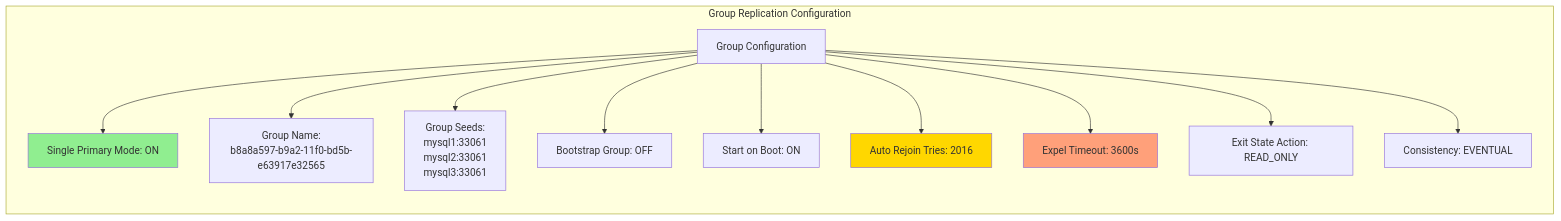
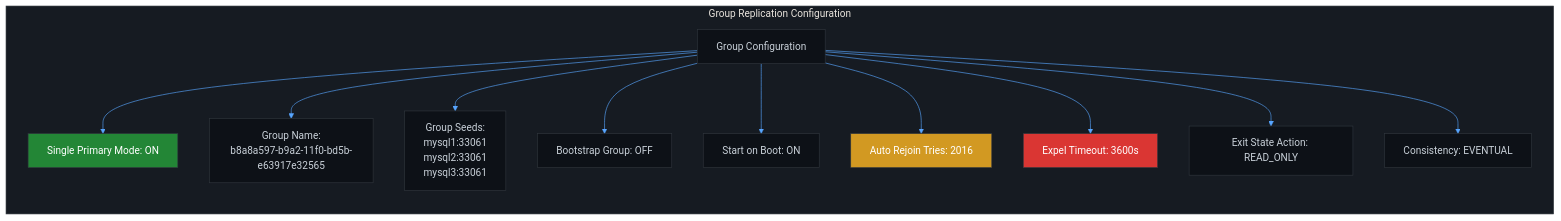
The fifth of 13 diagrams in docs/ARQUITECTURA.md (JoaquinLoaizaUCSM/sistema-gestion-sobretiempos-ha), drawn with Mermaid before and after one commit. The commit also changed other lines of this file and 2 other files, not shown here.

Commit message:
Docs: Update diagrams for dark mode and refresh README

````diff
--- a/docs/ARQUITECTURA.md
+++ b/docs/ARQUITECTURA.md
@@ -222,21 +226,22 @@
 ```mermaid
+%%{init: {'theme': 'base', 'themeVariables': { 'primaryColor': '#0d1117', 'primaryTextColor': '#c9d1d9', 'primaryBorderColor': '#30363d', 'lineColor': '#58a6ff', 'secondaryColor': '#161b22', 'tertiaryColor': '#161b22', 'mainBkg': '#0d1117', 'nodeBorder': '#30363d', 'clusterBkg': '#161b22', 'clusterBorder': '#30363d', 'defaultLinkColor': '#58a6ff', 'fontFamily': 'arial', 'fontSize': '16px'}}}%%
 graph LR
     subgraph "Group Replication Configuration"
         CONFIG[Group Configuration]
         
         CONFIG --> MODE[Single Primary Mode: ON]
         CONFIG --> GROUP[Group Name:<br/>b8a8a597-b9a2-11f0-bd5b-e63917e32565]
         CONFIG --> SEEDS[Group Seeds:<br/>mysql1:33061<br/>mysql2:33061<br/>mysql3:33061]
         
         CONFIG --> BOOT[Bootstrap Group: OFF]
         CONFIG --> START[Start on Boot: ON]
         CONFIG --> REJOIN[Auto Rejoin Tries: 2016]
         CONFIG --> EXPEL[Expel Timeout: 3600s]
         CONFIG --> EXIT[Exit State Action: READ_ONLY]
         CONFIG --> CONS[Consistency: EVENTUAL]
     end
     
-    style MODE fill:#90EE90
-    style REJOIN fill:#FFD700
-    style EXPEL fill:#FFA07A
+    style MODE fill:#238636,color:#ffffff
+    style REJOIN fill:#d29922,color:#ffffff
+    style EXPEL fill:#da3633,color:#ffffff
 ```
````
